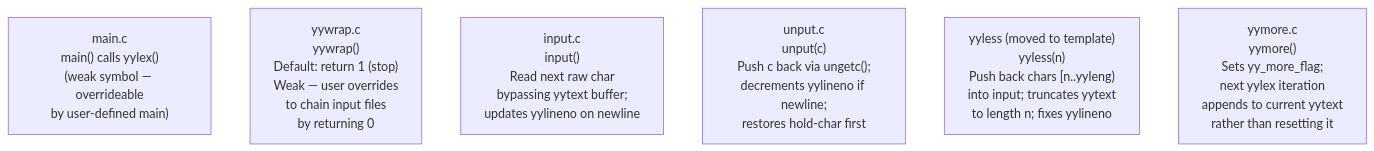
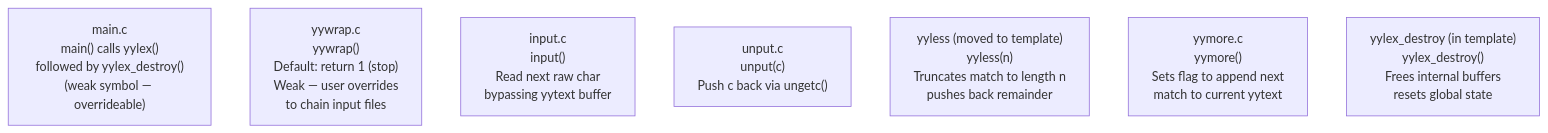
One commit to StrixzIV/ft_lex changed diagram 14 of 15 in README.md. Above: the diagram before and after it, drawn with Mermaid. The commit also changed other lines of this file, not shown here.

````diff
--- a/README.md
+++ b/README.md
@@ -489,9 +523,10 @@
 ```mermaid
 flowchart TB
-    main_c["main.c<br>main() calls yylex()<br>(weak symbol — overrideable<br>by user-defined main)"]
-    yw["yywrap.c<br>yywrap()<br>Default: return 1 (stop)<br>Weak — user overrides<br>to chain input files<br>by returning 0"]
-    inp["input.c<br>input()<br>Read next raw char<br>bypassing yytext buffer;<br>updates yylineno on newline"]
-    unp["unput.c<br>unput(c)<br>Push c back via ungetc();<br>decrements yylineno if newline;<br>restores hold-char first"]
-    yl["yyless (moved to template)<br>yyless(n)<br>Push back chars [n..yyleng)<br>into input; truncates yytext<br>to length n; fixes yylineno"]
-    ym["yymore.c<br>yymore()<br>Sets yy_more_flag;<br>next yylex iteration<br>appends to current yytext<br>rather than resetting it"]
+    main_c["main.c<br>main() calls yylex()<br>followed by yylex_destroy()<br>(weak symbol — overrideable)"]
+    yw["yywrap.c<br>yywrap()<br>Default: return 1 (stop)<br>Weak — user overrides<br>to chain input files"]
+    inp["input.c<br>input()<br>Read next raw char<br>bypassing yytext buffer"]
+    unp["unput.c<br>unput(c)<br>Push c back via ungetc()"]
+    yl["yyless (moved to template)<br>yyless(n)<br>Truncates match to length n<br>pushes back remainder"]
+    ym["yymore.c<br>yymore()<br>Sets flag to append next<br>match to current yytext"]
+    yd["yylex_destroy (in template)<br>yylex_destroy()<br>Frees internal buffers<br>resets global state"]
 ```
````
